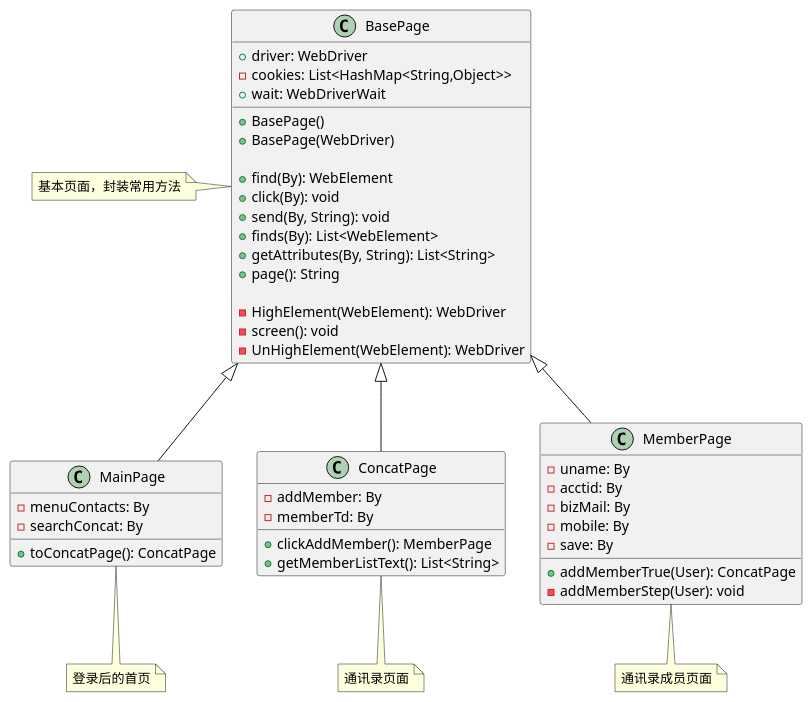
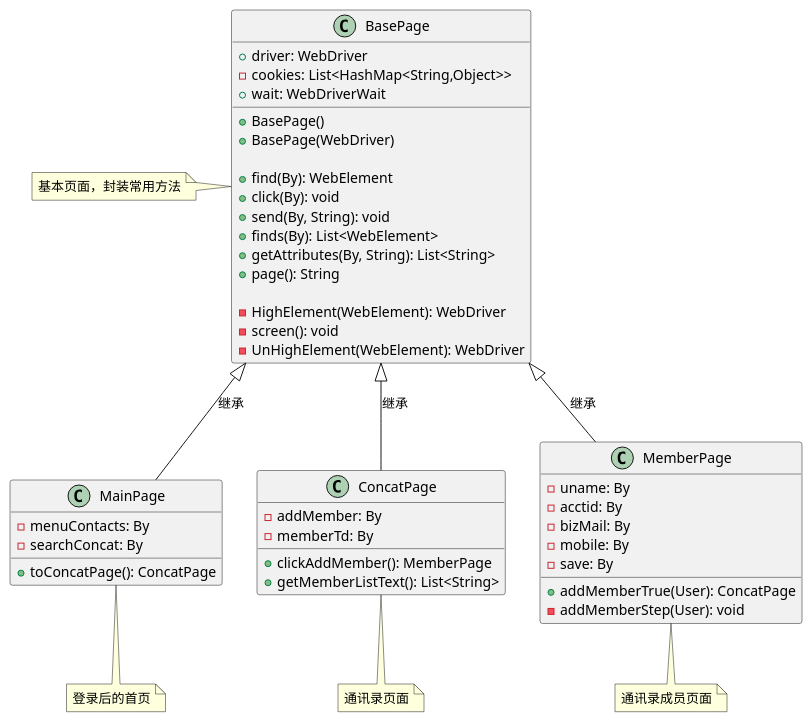
Before and after one commit to TesterDevSoul/encoding: the fourth of 4 diagrams in docs/Web自动化/企业微信实战/企业微信.md, drawn with PlantUML. The commit also changed other lines of this file and 65 other files, not shown here.

````diff
--- a/docs/Web自动化/企业微信实战/企业微信.md
+++ b/docs/Web自动化/企业微信实战/企业微信.md
@@ -963,74 +970,74 @@
 ```plantuml
 @startuml
 
 class BasePage {
     + driver: WebDriver
     - cookies: List<HashMap<String,Object>>
     + wait: WebDriverWait
 
     + BasePage()
     + BasePage(WebDriver)
 
     + find(By): WebElement
     + click(By): void
     + send(By, String): void
     + finds(By): List<WebElement>
     + getAttributes(By, String): List<String>
     + page(): String
 
     - HighElement(WebElement): WebDriver
     - screen(): void
     - UnHighElement(WebElement): WebDriver
     
 
     
 }
 
 class MainPage {
     - menuContacts: By
     - searchConcat: By
 
     + toConcatPage(): ConcatPage
 
 }
 
 
 class ConcatPage {
     - addMember: By
     - memberTd: By
 
     + clickAddMember(): MemberPage
     + getMemberListText(): List<String>
 }
 
 class MemberPage {
     - uname: By
     - acctid: By
     - bizMail: By
     - mobile: By
     - save: By
 
     + addMemberTrue(User): ConcatPage
     - addMemberStep(User): void
 }
 
 
 
 class BasePage
 note left: 基本页面，封装常用方法
 
 class MainPage
 note bottom: 登录后的首页
 
 class MemberPage
 note bottom: 通讯录成员页面
 
 class ConcatPage
 note bottom: 通讯录页面
 
-BasePage <|-- MainPage
-BasePage <|-- ConcatPage
-BasePage <|-- MemberPage
+BasePage <|-- MainPage: 继承
+BasePage <|-- ConcatPage: 继承
+BasePage <|-- MemberPage: 继承
 @enduml
 
 ```
````
